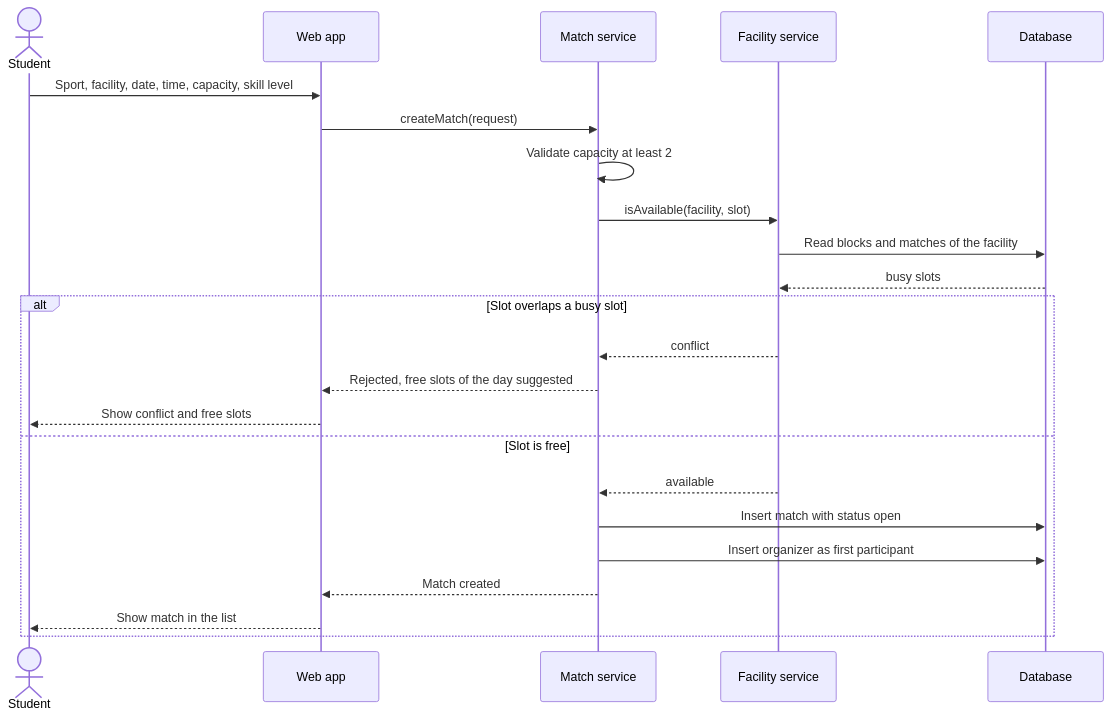
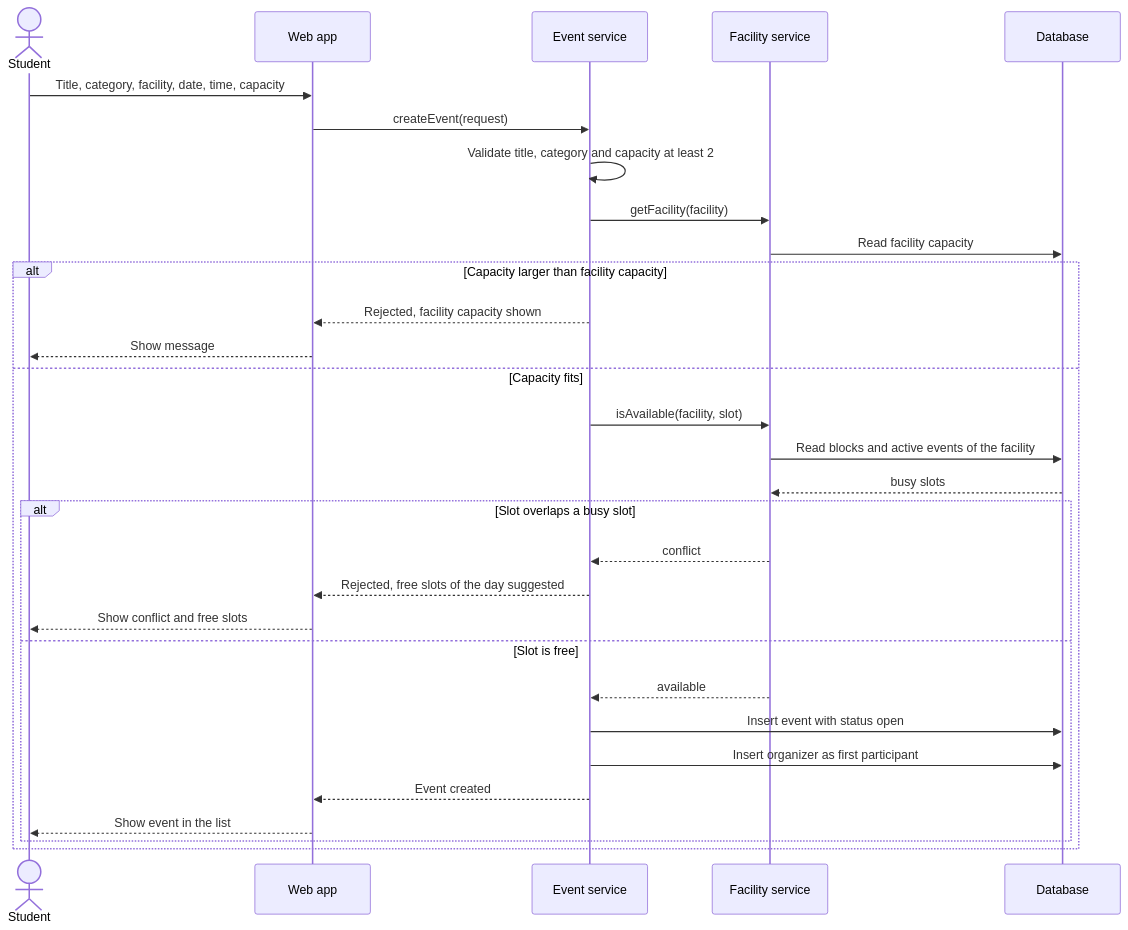
Before and after one commit to emir-heval-arda-harun/CMPE-331-project: the fourth of 8 diagrams in docs/requirement_analysis_report.md, drawn with Mermaid. The commit also changed other lines of this file and 139 other files, not shown here.

````diff
--- a/docs/requirement_analysis_report.md
+++ b/docs/requirement_analysis_report.md
@@ -317,26 +301,33 @@
 ```mermaid
 sequenceDiagram
     actor S as Student
     participant W as Web app
-    participant MS as Match service
+    participant ES as Event service
     participant FS as Facility service
     participant D as Database
 
-    S->>W: Sport, facility, date, time, capacity, skill level
-    W->>MS: createMatch(request)
-    MS->>MS: Validate capacity at least 2
-    MS->>FS: isAvailable(facility, slot)
-    FS->>D: Read blocks and matches of the facility
-    D-->>FS: busy slots
-    alt Slot overlaps a busy slot
-        FS-->>MS: conflict
-        MS-->>W: Rejected, free slots of the day suggested
-        W-->>S: Show conflict and free slots
-    else Slot is free
-        FS-->>MS: available
-        MS->>D: Insert match with status open
-        MS->>D: Insert organizer as first participant
-        MS-->>W: Match created
-        W-->>S: Show match in the list
+    S->>W: Title, category, facility, date, time, capacity
+    W->>ES: createEvent(request)
+    ES->>ES: Validate title, category and capacity at least 2
+    ES->>FS: getFacility(facility)
+    FS->>D: Read facility capacity
+    alt Capacity larger than facility capacity
+        ES-->>W: Rejected, facility capacity shown
+        W-->>S: Show message
+    else Capacity fits
+        ES->>FS: isAvailable(facility, slot)
+        FS->>D: Read blocks and active events of the facility
+        D-->>FS: busy slots
+        alt Slot overlaps a busy slot
+            FS-->>ES: conflict
+            ES-->>W: Rejected, free slots of the day suggested
+            W-->>S: Show conflict and free slots
+        else Slot is free
+            FS-->>ES: available
+            ES->>D: Insert event with status open
+            ES->>D: Insert organizer as first participant
+            ES-->>W: Event created
+            W-->>S: Show event in the list
+        end
     end
 ```
````
